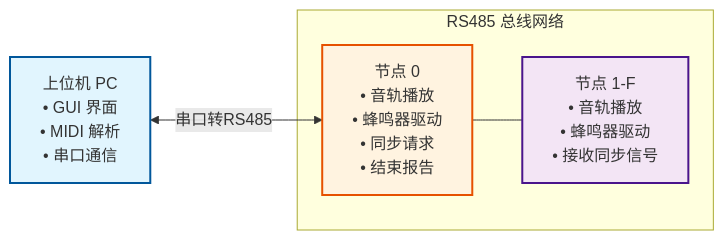
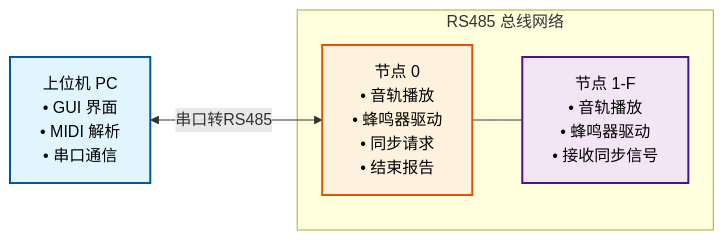
The diagram in README.md (AnicoderAndy/stc-choir), drawn with Mermaid before and after one commit. The commit also changed other lines of this file and 1 other file, not shown here.

````diff
--- a/README.md
+++ b/README.md
@@ -54,17 +43,17 @@
 ```mermaid
 graph LR
     A[上位机 PC<br/>• GUI 界面<br/>• MIDI 解析<br/>• 串口通信]
     
     subgraph "RS485 总线网络"
         B[节点 0<br/>• 音轨播放<br/>• 蜂鸣器驱动<br/>• 同步请求<br/>• 结束报告]
         C[节点 1-F<br/>• 音轨播放<br/>• 蜂鸣器驱动<br/>• 接收同步信号]
         
         B --- C
     end
     
     A <-->|串口转RS485| B
     
-    style A fill:#e1f5fe,stroke:#01579b,stroke-width:2px
-    style B fill:#fff3e0,stroke:#e65100,stroke-width:2px
-    style C fill:#f3e5f5,stroke:#4a148c,stroke-width:2px
+    style A fill:#e1f5fe,stroke:#01579b,stroke-width:2px,color:#000000
+    style B fill:#fff3e0,stroke:#e65100,stroke-width:2px,color:#000000
+    style C fill:#f3e5f5,stroke:#4a148c,stroke-width:2px,color:#000000
 ```
````
